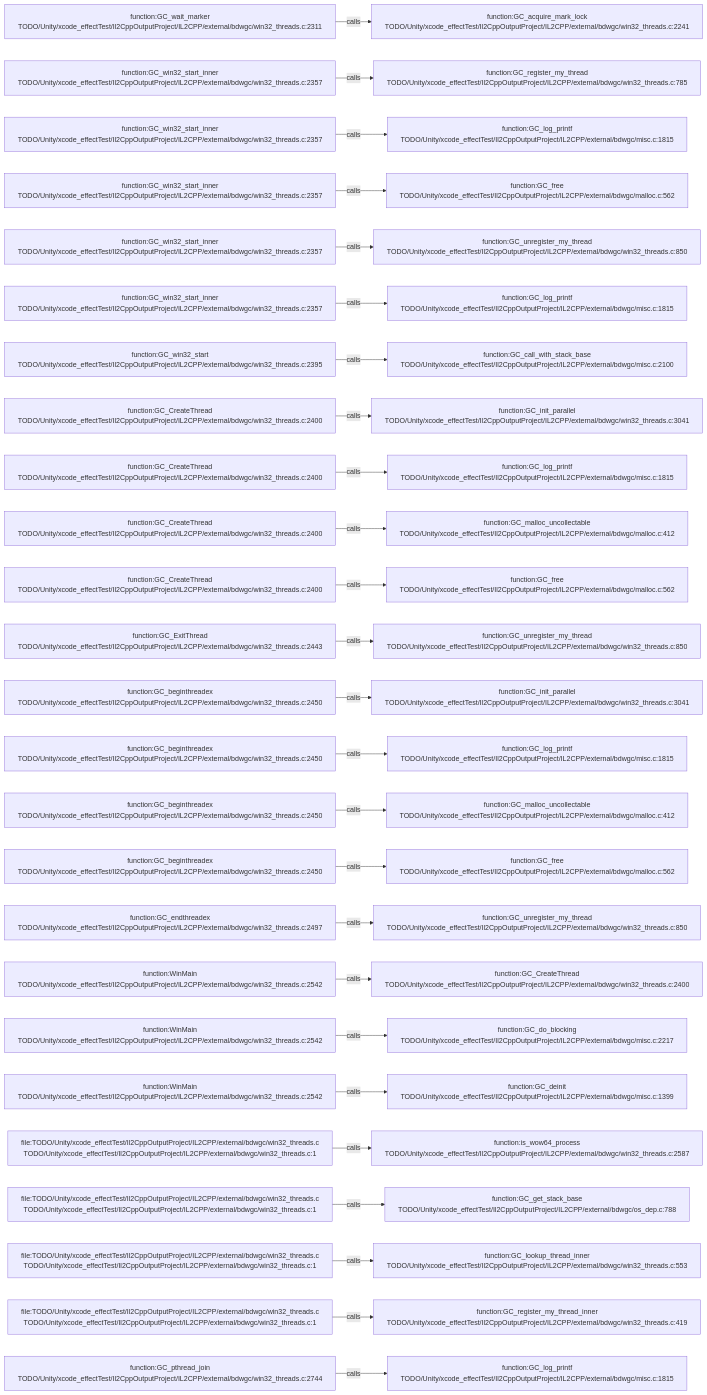
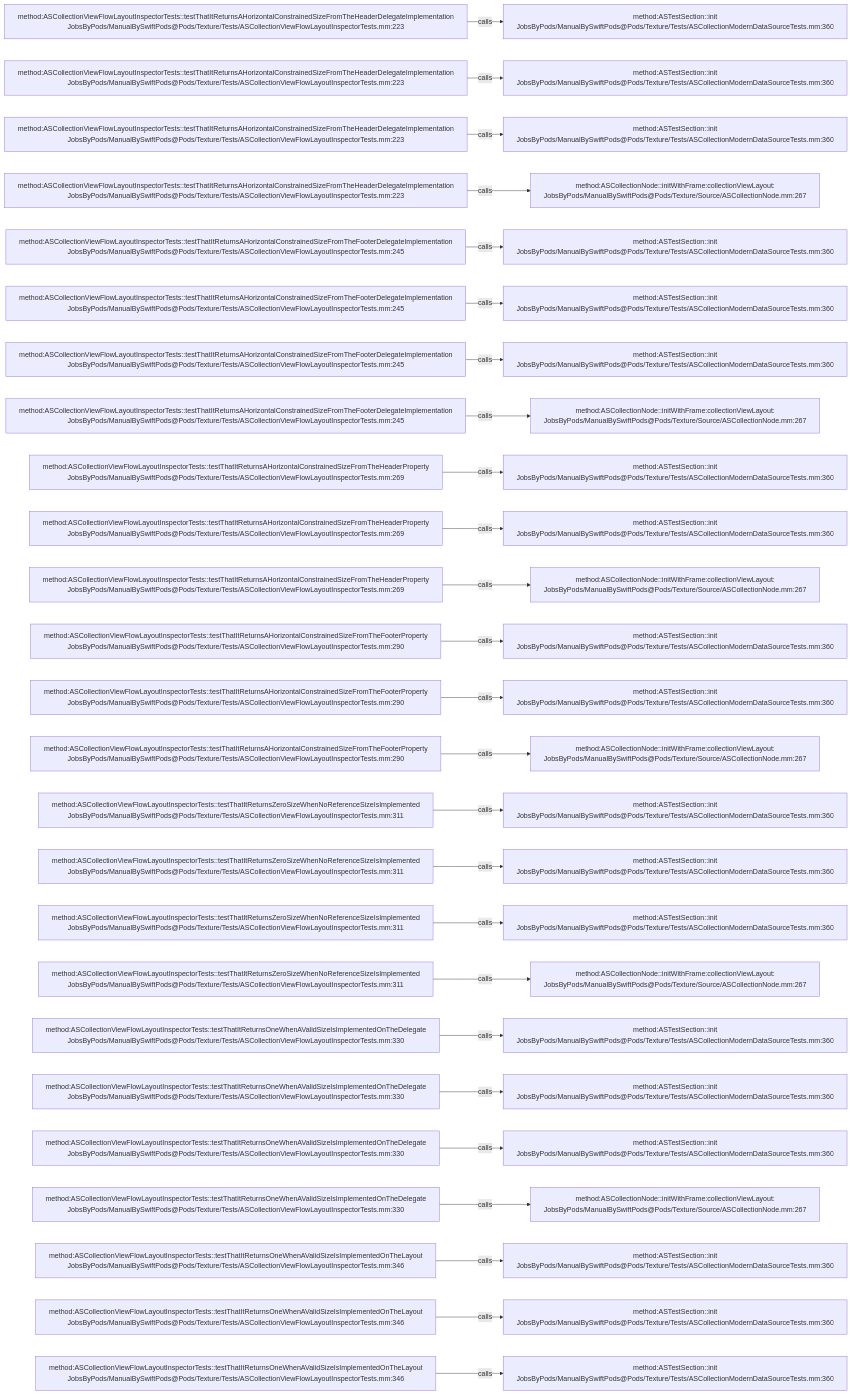
One commit to JobsKits/JobsSwiftBaseConfigDemo changed the diagram in .codegraph/codegraph.md/graphs/calls-188.md. Above: the diagram before and after it, drawn with Mermaid. The commit also changed 2959 other files, not shown here.

````diff
--- a/.codegraph/codegraph.md/graphs/calls-188.md
+++ b/.codegraph/codegraph.md/graphs/calls-188.md
@@ -13,78 +13,78 @@
 ```mermaid
 flowchart LR
-  S1["function:GC_wait_marker<br/>TODO/Unity/xcode_effectTest/Il2CppOutputProject/IL2CPP/external/bdwgc/win32_threads.c:2311"]
-  T1["function:GC_acquire_mark_lock<br/>TODO/Unity/xcode_effectTest/Il2CppOutputProject/IL2CPP/external/bdwgc/win32_threads.c:2241"]
+  S1["method:ASCollectionViewFlowLayoutInspectorTests::testThatItReturnsAHorizontalConstrainedSizeFromTheHeaderDelegateImplementation<br/>JobsByPods/ManualBySwiftPods@Pods/Texture/Tests/ASCollectionViewFlowLayoutInspectorTests.mm:223"]
+  T1["method:ASTestSection::init<br/>JobsByPods/ManualBySwiftPods@Pods/Texture/Tests/ASCollectionModernDataSourceTests.mm:360"]
   S1 -->|calls| T1
-  S2["function:GC_win32_start_inner<br/>TODO/Unity/xcode_effectTest/Il2CppOutputProject/IL2CPP/external/bdwgc/win32_threads.c:2357"]
-  T2["function:GC_register_my_thread<br/>TODO/Unity/xcode_effectTest/Il2CppOutputProject/IL2CPP/external/bdwgc/win32_threads.c:785"]
+  S2["method:ASCollectionViewFlowLayoutInspectorTests::testThatItReturnsAHorizontalConstrainedSizeFromTheHeaderDelegateImplementation<br/>JobsByPods/ManualBySwiftPods@Pods/Texture/Tests/ASCollectionViewFlowLayoutInspectorTests.mm:223"]
+  T2["method:ASTestSection::init<br/>JobsByPods/ManualBySwiftPods@Pods/Texture/Tests/ASCollectionModernDataSourceTests.mm:360"]
   S2 -->|calls| T2
-  S3["function:GC_win32_start_inner<br/>TODO/Unity/xcode_effectTest/Il2CppOutputProject/IL2CPP/external/bdwgc/win32_threads.c:2357"]
-  T3["function:GC_log_printf<br/>TODO/Unity/xcode_effectTest/Il2CppOutputProject/IL2CPP/external/bdwgc/misc.c:1815"]
+  S3["method:ASCollectionViewFlowLayoutInspectorTests::testThatItReturnsAHorizontalConstrainedSizeFromTheHeaderDelegateImplementation<br/>JobsByPods/ManualBySwiftPods@Pods/Texture/Tests/ASCollectionViewFlowLayoutInspectorTests.mm:223"]
+  T3["method:ASTestSection::init<br/>JobsByPods/ManualBySwiftPods@Pods/Texture/Tests/ASCollectionModernDataSourceTests.mm:360"]
   S3 -->|calls| T3
-  S4["function:GC_win32_start_inner<br/>TODO/Unity/xcode_effectTest/Il2CppOutputProject/IL2CPP/external/bdwgc/win32_threads.c:2357"]
-  T4["function:GC_free<br/>TODO/Unity/xcode_effectTest/Il2CppOutputProject/IL2CPP/external/bdwgc/malloc.c:562"]
+  S4["method:ASCollectionViewFlowLayoutInspectorTests::testThatItReturnsAHorizontalConstrainedSizeFromTheHeaderDelegateImplementation<br/>JobsByPods/ManualBySwiftPods@Pods/Texture/Tests/ASCollectionViewFlowLayoutInspectorTests.mm:223"]
+  T4["method:ASCollectionNode::initWithFrame:collectionViewLayout:<br/>JobsByPods/ManualBySwiftPods@Pods/Texture/Source/ASCollectionNode.mm:267"]
   S4 -->|calls| T4
-  S5["function:GC_win32_start_inner<br/>TODO/Unity/xcode_effectTest/Il2CppOutputProject/IL2CPP/external/bdwgc/win32_threads.c:2357"]
-  T5["function:GC_unregister_my_thread<br/>TODO/Unity/xcode_effectTest/Il2CppOutputProject/IL2CPP/external/bdwgc/win32_threads.c:850"]
+  S5["method:ASCollectionViewFlowLayoutInspectorTests::testThatItReturnsAHorizontalConstrainedSizeFromTheFooterDelegateImplementation<br/>JobsByPods/ManualBySwiftPods@Pods/Texture/Tests/ASCollectionViewFlowLayoutInspectorTests.mm:245"]
+  T5["method:ASTestSection::init<br/>JobsByPods/ManualBySwiftPods@Pods/Texture/Tests/ASCollectionModernDataSourceTests.mm:360"]
   S5 -->|calls| T5
-  S6["function:GC_win32_start_inner<br/>TODO/Unity/xcode_effectTest/Il2CppOutputProject/IL2CPP/external/bdwgc/win32_threads.c:2357"]
-  T6["function:GC_log_printf<br/>TODO/Unity/xcode_effectTest/Il2CppOutputProject/IL2CPP/external/bdwgc/misc.c:1815"]
+  S6["method:ASCollectionViewFlowLayoutInspectorTests::testThatItReturnsAHorizontalConstrainedSizeFromTheFooterDelegateImplementation<br/>JobsByPods/ManualBySwiftPods@Pods/Texture/Tests/ASCollectionViewFlowLayoutInspectorTests.mm:245"]
+  T6["method:ASTestSection::init<br/>JobsByPods/ManualBySwiftPods@Pods/Texture/Tests/ASCollectionModernDataSourceTests.mm:360"]
   S6 -->|calls| T6
-  S7["function:GC_win32_start<br/>TODO/Unity/xcode_effectTest/Il2CppOutputProject/IL2CPP/external/bdwgc/win32_threads.c:2395"]
-  T7["function:GC_call_with_stack_base<br/>TODO/Unity/xcode_effectTest/Il2CppOutputProject/IL2CPP/external/bdwgc/misc.c:2100"]
+  S7["method:ASCollectionViewFlowLayoutInspectorTests::testThatItReturnsAHorizontalConstrainedSizeFromTheFooterDelegateImplementation<br/>JobsByPods/ManualBySwiftPods@Pods/Texture/Tests/ASCollectionViewFlowLayoutInspectorTests.mm:245"]
+  T7["method:ASTestSection::init<br/>JobsByPods/ManualBySwiftPods@Pods/Texture/Tests/ASCollectionModernDataSourceTests.mm:360"]
   S7 -->|calls| T7
-  S8["function:GC_CreateThread<br/>TODO/Unity/xcode_effectTest/Il2CppOutputProject/IL2CPP/external/bdwgc/win32_threads.c:2400"]
-  T8["function:GC_init_parallel<br/>TODO/Unity/xcode_effectTest/Il2CppOutputProject/IL2CPP/external/bdwgc/win32_threads.c:3041"]
+  S8["method:ASCollectionViewFlowLayoutInspectorTests::testThatItReturnsAHorizontalConstrainedSizeFromTheFooterDelegateImplementation<br/>JobsByPods/ManualBySwiftPods@Pods/Texture/Tests/ASCollectionViewFlowLayoutInspectorTests.mm:245"]
+  T8["method:ASCollectionNode::initWithFrame:collectionViewLayout:<br/>JobsByPods/ManualBySwiftPods@Pods/Texture/Source/ASCollectionNode.mm:267"]
   S8 -->|calls| T8
-  S9["function:GC_CreateThread<br/>TODO/Unity/xcode_effectTest/Il2CppOutputProject/IL2CPP/external/bdwgc/win32_threads.c:2400"]
-  T9["function:GC_log_printf<br/>TODO/Unity/xcode_effectTest/Il2CppOutputProject/IL2CPP/external/bdwgc/misc.c:1815"]
+  S9["method:ASCollectionViewFlowLayoutInspectorTests::testThatItReturnsAHorizontalConstrainedSizeFromTheHeaderProperty<br/>JobsByPods/ManualBySwiftPods@Pods/Texture/Tests/ASCollectionViewFlowLayoutInspectorTests.mm:269"]
+  T9["method:ASTestSection::init<br/>JobsByPods/ManualBySwiftPods@Pods/Texture/Tests/ASCollectionModernDataSourceTests.mm:360"]
   S9 -->|calls| T9
-  S10["function:GC_CreateThread<br/>TODO/Unity/xcode_effectTest/Il2CppOutputProject/IL2CPP/external/bdwgc/win32_threads.c:2400"]
-  T10["function:GC_malloc_uncollectable<br/>TODO/Unity/xcode_effectTest/Il2CppOutputProject/IL2CPP/external/bdwgc/malloc.c:412"]
+  S10["method:ASCollectionViewFlowLayoutInspectorTests::testThatItReturnsAHorizontalConstrainedSizeFromTheHeaderProperty<br/>JobsByPods/ManualBySwiftPods@Pods/Texture/Tests/ASCollectionViewFlowLayoutInspectorTests.mm:269"]
+  T10["method:ASTestSection::init<br/>JobsByPods/ManualBySwiftPods@Pods/Texture/Tests/ASCollectionModernDataSourceTests.mm:360"]
   S10 -->|calls| T10
-  S11["function:GC_CreateThread<br/>TODO/Unity/xcode_effectTest/Il2CppOutputProject/IL2CPP/external/bdwgc/win32_threads.c:2400"]
-  T11["function:GC_free<br/>TODO/Unity/xcode_effectTest/Il2CppOutputProject/IL2CPP/external/bdwgc/malloc.c:562"]
+  S11["method:ASCollectionViewFlowLayoutInspectorTests::testThatItReturnsAHorizontalConstrainedSizeFromTheHeaderProperty<br/>JobsByPods/ManualBySwiftPods@Pods/Texture/Tests/ASCollectionViewFlowLayoutInspectorTests.mm:269"]
+  T11["method:ASCollectionNode::initWithFrame:collectionViewLayout:<br/>JobsByPods/ManualBySwiftPods@Pods/Texture/Source/ASCollectionNode.mm:267"]
   S11 -->|calls| T11
-  S12["function:GC_ExitThread<br/>TODO/Unity/xcode_effectTest/Il2CppOutputProject/IL2CPP/external/bdwgc/win32_threads.c:2443"]
-  T12["function:GC_unregister_my_thread<br/>TODO/Unity/xcode_effectTest/Il2CppOutputProject/IL2CPP/external/bdwgc/win32_threads.c:850"]
+  S12["method:ASCollectionViewFlowLayoutInspectorTests::testThatItReturnsAHorizontalConstrainedSizeFromTheFooterProperty<br/>JobsByPods/ManualBySwiftPods@Pods/Texture/Tests/ASCollectionViewFlowLayoutInspectorTests.mm:290"]
+  T12["method:ASTestSection::init<br/>JobsByPods/ManualBySwiftPods@Pods/Texture/Tests/ASCollectionModernDataSourceTests.mm:360"]
   S12 -->|calls| T12
-  S13["function:GC_beginthreadex<br/>TODO/Unity/xcode_effectTest/Il2CppOutputProject/IL2CPP/external/bdwgc/win32_threads.c:2450"]
-  T13["function:GC_init_parallel<br/>TODO/Unity/xcode_effectTest/Il2CppOutputProject/IL2CPP/external/bdwgc/win32_threads.c:3041"]
+  S13["method:ASCollectionViewFlowLayoutInspectorTests::testThatItReturnsAHorizontalConstrainedSizeFromTheFooterProperty<br/>JobsByPods/ManualBySwiftPods@Pods/Texture/Tests/ASCollectionViewFlowLayoutInspectorTests.mm:290"]
+  T13["method:ASTestSection::init<br/>JobsByPods/ManualBySwiftPods@Pods/Texture/Tests/ASCollectionModernDataSourceTests.mm:360"]
   S13 -->|calls| T13
-  S14["function:GC_beginthreadex<br/>TODO/Unity/xcode_effectTest/Il2CppOutputProject/IL2CPP/external/bdwgc/win32_threads.c:2450"]
-  T14["function:GC_log_printf<br/>TODO/Unity/xcode_effectTest/Il2CppOutputProject/IL2CPP/external/bdwgc/misc.c:1815"]
+  S14["method:ASCollectionViewFlowLayoutInspectorTests::testThatItReturnsAHorizontalConstrainedSizeFromTheFooterProperty<br/>JobsByPods/ManualBySwiftPods@Pods/Texture/Tests/ASCollectionViewFlowLayoutInspectorTests.mm:290"]
+  T14["method:ASCollectionNode::initWithFrame:collectionViewLayout:<br/>JobsByPods/ManualBySwiftPods@Pods/Texture/Source/ASCollectionNode.mm:267"]
   S14 -->|calls| T14
-  S15["function:GC_beginthreadex<br/>TODO/Unity/xcode_effectTest/Il2CppOutputProject/IL2CPP/external/bdwgc/win32_threads.c:2450"]
-  T15["function:GC_malloc_uncollectable<br/>TODO/Unity/xcode_effectTest/Il2CppOutputProject/IL2CPP/external/bdwgc/malloc.c:412"]
+  S15["method:ASCollectionViewFlowLayoutInspectorTests::testThatItReturnsZeroSizeWhenNoReferenceSizeIsImplemented<br/>JobsByPods/ManualBySwiftPods@Pods/Texture/Tests/ASCollectionViewFlowLayoutInspectorTests.mm:311"]
+  T15["method:ASTestSection::init<br/>JobsByPods/ManualBySwiftPods@Pods/Texture/Tests/ASCollectionModernDataSourceTests.mm:360"]
   S15 -->|calls| T15
-  S16["function:GC_beginthreadex<br/>TODO/Unity/xcode_effectTest/Il2CppOutputProject/IL2CPP/external/bdwgc/win32_threads.c:2450"]
-  T16["function:GC_free<br/>TODO/Unity/xcode_effectTest/Il2CppOutputProject/IL2CPP/external/bdwgc/malloc.c:562"]
+  S16["method:ASCollectionViewFlowLayoutInspectorTests::testThatItReturnsZeroSizeWhenNoReferenceSizeIsImplemented<br/>JobsByPods/ManualBySwiftPods@Pods/Texture/Tests/ASCollectionViewFlowLayoutInspectorTests.mm:311"]
+  T16["method:ASTestSection::init<br/>JobsByPods/ManualBySwiftPods@Pods/Texture/Tests/ASCollectionModernDataSourceTests.mm:360"]
   S16 -->|calls| T16
-  S17["function:GC_endthreadex<br/>TODO/Unity/xcode_effectTest/Il2CppOutputProject/IL2CPP/external/bdwgc/win32_threads.c:2497"]
-  T17["function:GC_unregister_my_thread<br/>TODO/Unity/xcode_effectTest/Il2CppOutputProject/IL2CPP/external/bdwgc/win32_threads.c:850"]
+  S17["method:ASCollectionViewFlowLayoutInspectorTests::testThatItReturnsZeroSizeWhenNoReferenceSizeIsImplemented<br/>JobsByPods/ManualBySwiftPods@Pods/Texture/Tests/ASCollectionViewFlowLayoutInspectorTests.mm:311"]
+  T17["method:ASTestSection::init<br/>JobsByPods/ManualBySwiftPods@Pods/Texture/Tests/ASCollectionModernDataSourceTests.mm:360"]
   S17 -->|calls| T17
-  S18["function:WinMain<br/>TODO/Unity/xcode_effectTest/Il2CppOutputProject/IL2CPP/external/bdwgc/win32_threads.c:2542"]
-  T18["function:GC_CreateThread<br/>TODO/Unity/xcode_effectTest/Il2CppOutputProject/IL2CPP/external/bdwgc/win32_threads.c:2400"]
+  S18["method:ASCollectionViewFlowLayoutInspectorTests::testThatItReturnsZeroSizeWhenNoReferenceSizeIsImplemented<br/>JobsByPods/ManualBySwiftPods@Pods/Texture/Tests/ASCollectionViewFlowLayoutInspectorTests.mm:311"]
+  T18["method:ASCollectionNode::initWithFrame:collectionViewLayout:<br/>JobsByPods/ManualBySwiftPods@Pods/Texture/Source/ASCollectionNode.mm:267"]
   S18 -->|calls| T18
-  S19["function:WinMain<br/>TODO/Unity/xcode_effectTest/Il2CppOutputProject/IL2CPP/external/bdwgc/win32_threads.c:2542"]
-  T19["function:GC_do_blocking<br/>TODO/Unity/xcode_effectTest/Il2CppOutputProject/IL2CPP/external/bdwgc/misc.c:2217"]
+  S19["method:ASCollectionViewFlowLayoutInspectorTests::testThatItReturnsOneWhenAValidSizeIsImplementedOnTheDelegate<br/>JobsByPods/ManualBySwiftPods@Pods/Texture/Tests/ASCollectionViewFlowLayoutInspectorTests.mm:330"]
+  T19["method:ASTestSection::init<br/>JobsByPods/ManualBySwiftPods@Pods/Texture/Tests/ASCollectionModernDataSourceTests.mm:360"]
   S19 -->|calls| T19
-  S20["function:WinMain<br/>TODO/Unity/xcode_effectTest/Il2CppOutputProject/IL2CPP/external/bdwgc/win32_threads.c:2542"]
-  T20["function:GC_deinit<br/>TODO/Unity/xcode_effectTest/Il2CppOutputProject/IL2CPP/external/bdwgc/misc.c:1399"]
+  S20["method:ASCollectionViewFlowLayoutInspectorTests::testThatItReturnsOneWhenAValidSizeIsImplementedOnTheDelegate<br/>JobsByPods/ManualBySwiftPods@Pods/Texture/Tests/ASCollectionViewFlowLayoutInspectorTests.mm:330"]
+  T20["method:ASTestSection::init<br/>JobsByPods/ManualBySwiftPods@Pods/Texture/Tests/ASCollectionModernDataSourceTests.mm:360"]
   S20 -->|calls| T20
-  S21["file:TODO/Unity/xcode_effectTest/Il2CppOutputProject/IL2CPP/external/bdwgc/win32_threads.c<br/>TODO/Unity/xcode_effectTest/Il2CppOutputProject/IL2CPP/external/bdwgc/win32_threads.c:1"]
-  T21["function:is_wow64_process<br/>TODO/Unity/xcode_effectTest/Il2CppOutputProject/IL2CPP/external/bdwgc/win32_threads.c:2587"]
+  S21["method:ASCollectionViewFlowLayoutInspectorTests::testThatItReturnsOneWhenAValidSizeIsImplementedOnTheDelegate<br/>JobsByPods/ManualBySwiftPods@Pods/Texture/Tests/ASCollectionViewFlowLayoutInspectorTests.mm:330"]
+  T21["method:ASTestSection::init<br/>JobsByPods/ManualBySwiftPods@Pods/Texture/Tests/ASCollectionModernDataSourceTests.mm:360"]
   S21 -->|calls| T21
-  S22["file:TODO/Unity/xcode_effectTest/Il2CppOutputProject/IL2CPP/external/bdwgc/win32_threads.c<br/>TODO/Unity/xcode_effectTest/Il2CppOutputProject/IL2CPP/external/bdwgc/win32_threads.c:1"]
-  T22["function:GC_get_stack_base<br/>TODO/Unity/xcode_effectTest/Il2CppOutputProject/IL2CPP/external/bdwgc/os_dep.c:788"]
+  S22["method:ASCollectionViewFlowLayoutInspectorTests::testThatItReturnsOneWhenAValidSizeIsImplementedOnTheDelegate<br/>JobsByPods/ManualBySwiftPods@Pods/Texture/Tests/ASCollectionViewFlowLayoutInspectorTests.mm:330"]
+  T22["method:ASCollectionNode::initWithFrame:collectionViewLayout:<br/>JobsByPods/ManualBySwiftPods@Pods/Texture/Source/ASCollectionNode.mm:267"]
   S22 -->|calls| T22
-  S23["file:TODO/Unity/xcode_effectTest/Il2CppOutputProject/IL2CPP/external/bdwgc/win32_threads.c<br/>TODO/Unity/xcode_effectTest/Il2CppOutputProject/IL2CPP/external/bdwgc/win32_threads.c:1"]
-  T23["function:GC_lookup_thread_inner<br/>TODO/Unity/xcode_effectTest/Il2CppOutputProject/IL2CPP/external/bdwgc/win32_threads.c:553"]
+  S23["method:ASCollectionViewFlowLayoutInspectorTests::testThatItReturnsOneWhenAValidSizeIsImplementedOnTheLayout<br/>JobsByPods/ManualBySwiftPods@Pods/Texture/Tests/ASCollectionViewFlowLayoutInspectorTests.mm:346"]
+  T23["method:ASTestSection::init<br/>JobsByPods/ManualBySwiftPods@Pods/Texture/Tests/ASCollectionModernDataSourceTests.mm:360"]
   S23 -->|calls| T23
-  S24["file:TODO/Unity/xcode_effectTest/Il2CppOutputProject/IL2CPP/external/bdwgc/win32_threads.c<br/>TODO/Unity/xcode_effectTest/Il2CppOutputProject/IL2CPP/external/bdwgc/win32_threads.c:1"]
-  T24["function:GC_register_my_thread_inner<br/>TODO/Unity/xcode_effectTest/Il2CppOutputProject/IL2CPP/external/bdwgc/win32_threads.c:419"]
+  S24["method:ASCollectionViewFlowLayoutInspectorTests::testThatItReturnsOneWhenAValidSizeIsImplementedOnTheLayout<br/>JobsByPods/ManualBySwiftPods@Pods/Texture/Tests/ASCollectionViewFlowLayoutInspectorTests.mm:346"]
+  T24["method:ASTestSection::init<br/>JobsByPods/ManualBySwiftPods@Pods/Texture/Tests/ASCollectionModernDataSourceTests.mm:360"]
   S24 -->|calls| T24
-  S25["function:GC_pthread_join<br/>TODO/Unity/xcode_effectTest/Il2CppOutputProject/IL2CPP/external/bdwgc/win32_threads.c:2744"]
-  T25["function:GC_log_printf<br/>TODO/Unity/xcode_effectTest/Il2CppOutputProject/IL2CPP/external/bdwgc/misc.c:1815"]
+  S25["method:ASCollectionViewFlowLayoutInspectorTests::testThatItReturnsOneWhenAValidSizeIsImplementedOnTheLayout<br/>JobsByPods/ManualBySwiftPods@Pods/Texture/Tests/ASCollectionViewFlowLayoutInspectorTests.mm:346"]
+  T25["method:ASTestSection::init<br/>JobsByPods/ManualBySwiftPods@Pods/Texture/Tests/ASCollectionModernDataSourceTests.mm:360"]
   S25 -->|calls| T25
 ```
````
